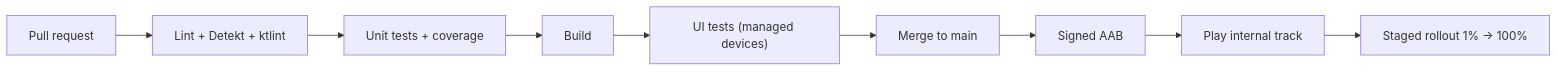
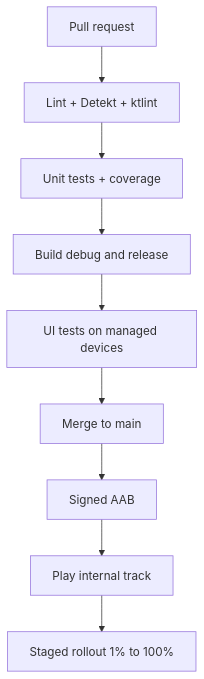
The fifth of 6 diagrams in topics/22-build-gradle-release.md (AkshayAshokCode/Android-Interview-Questions-cheat-sheet), drawn with Mermaid before and after one commit. The commit also changed other lines of this file and 4 other files, not shown here.

````diff
--- a/topics/22-build-gradle-release.md
+++ b/topics/22-build-gradle-release.md
@@ -194,11 +936,11 @@
 ```mermaid
-flowchart LR
+flowchart TD
     PR["Pull request"] --> L["Lint + Detekt + ktlint"]
     L --> UT["Unit tests + coverage"]
-    UT --> B["Build"]
-    B --> IT["UI tests (managed devices)"]
+    UT --> B["Build debug and release"]
+    B --> IT["UI tests on managed devices"]
     IT --> M["Merge to main"]
     M --> S["Signed AAB"]
     S --> IN["Play internal track"]
-    IN --> SR["Staged rollout 1% → 100%"]
+    IN --> SR["Staged rollout 1% to 100%"]
 ```
````
